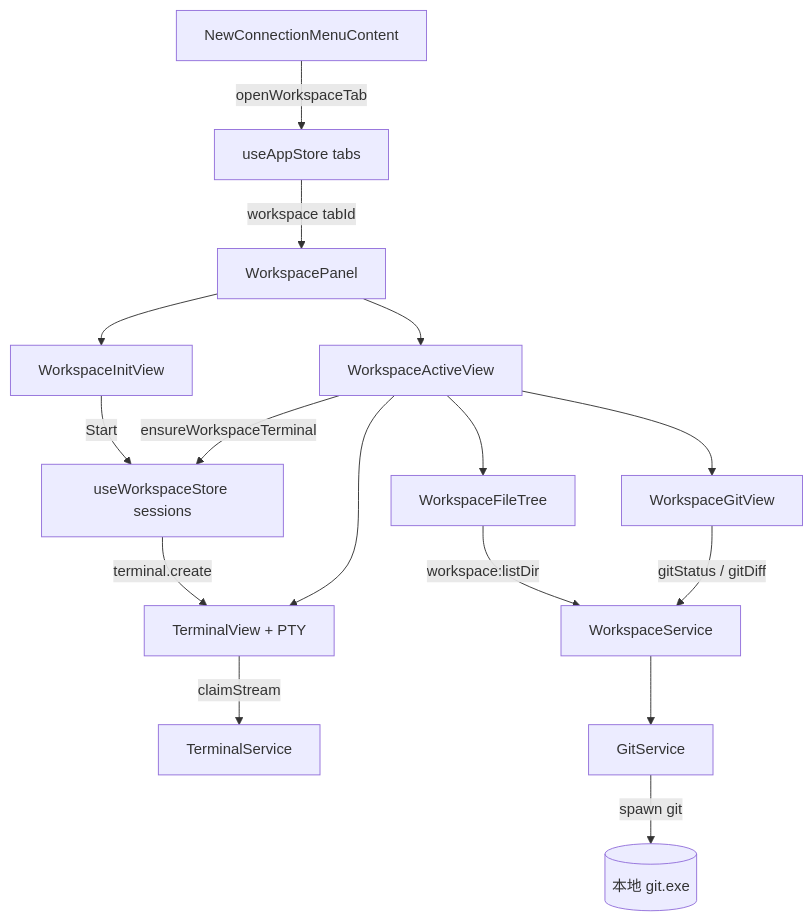
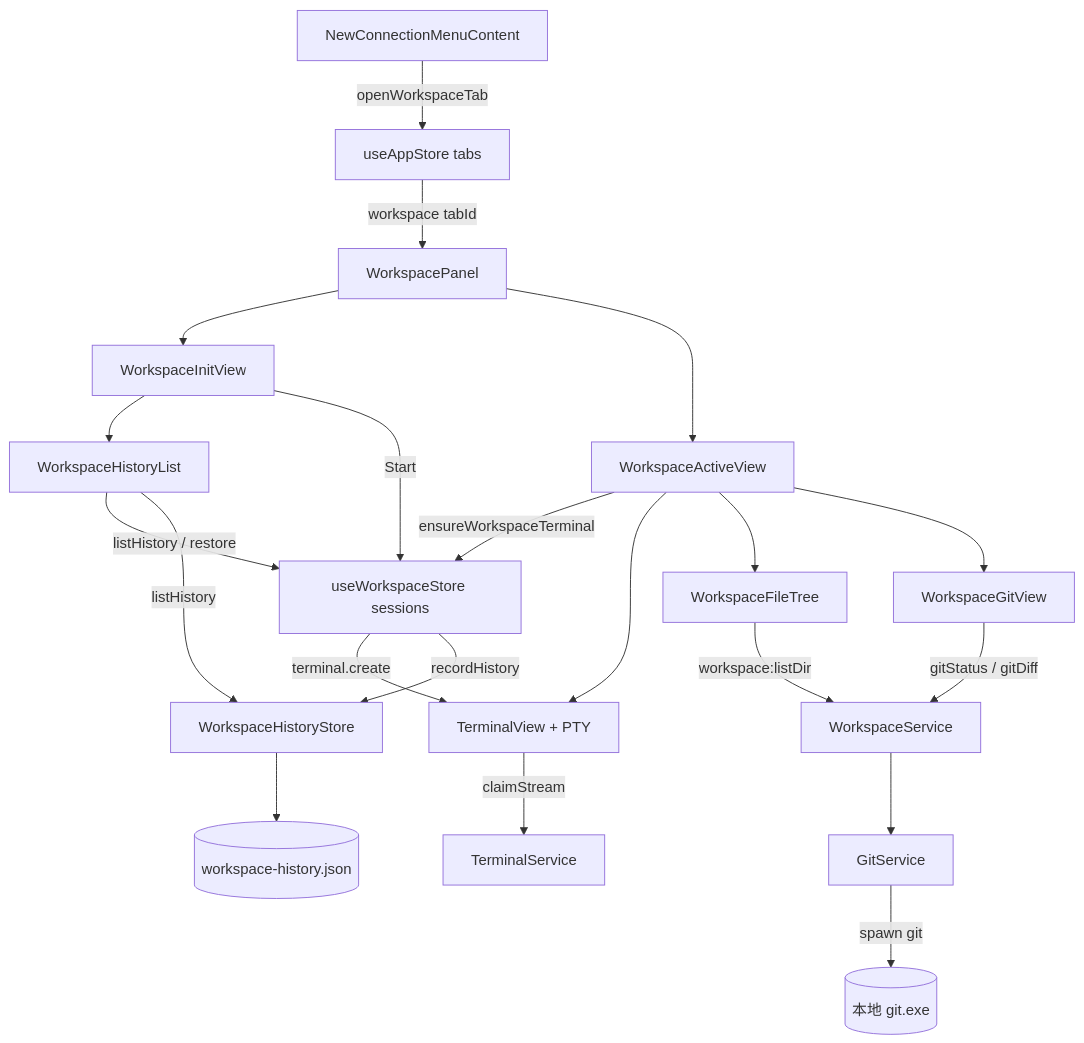
The first of 4 diagrams in docs/功能工作区.md (Landers1037/NioZy), drawn with Mermaid before and after one commit. The commit also changed other lines of this file and 12 other files, not shown here.

````diff
--- a/docs/功能工作区.md
+++ b/docs/功能工作区.md
@@ -34,30 +35,37 @@
 ```mermaid
 flowchart TB
   ConnMenu["NewConnectionMenuContent"]
   AppStore["useAppStore tabs"]
   WsStore["useWorkspaceStore sessions"]
   Panel["WorkspacePanel"]
   Init["WorkspaceInitView"]
+  History["WorkspaceHistoryList"]
   Active["WorkspaceActiveView"]
   Term["TerminalView + PTY"]
   Tree["WorkspaceFileTree"]
   GitView["WorkspaceGitView"]
   WsSvc["WorkspaceService"]
+  HistStore["WorkspaceHistoryStore"]
   GitSvc["GitService"]
 
   ConnMenu -->|openWorkspaceTab| AppStore
   AppStore -->|workspace tabId| Panel
   Panel --> Init
+  Init --> History
+  History -->|listHistory / restore| WsStore
   Panel --> Active
   Init -->|Start| WsStore
   Active -->|ensureWorkspaceTerminal| WsStore
   WsStore -->|terminal.create| Term
   Active --> Term
   Active --> Tree
   Active --> GitView
   Tree -->|workspace:listDir| WsSvc
   GitView -->|gitStatus / gitDiff| WsSvc
+  WsStore -->|recordHistory| HistStore
+  History -->|listHistory| HistStore
+  HistStore --> Disk[("workspace-history.json")]
   WsSvc --> GitSvc
   GitSvc -->|spawn git| OS[("本地 git.exe")]
   Term -->|claimStream| TermSvc["TerminalService"]
 ```
````
